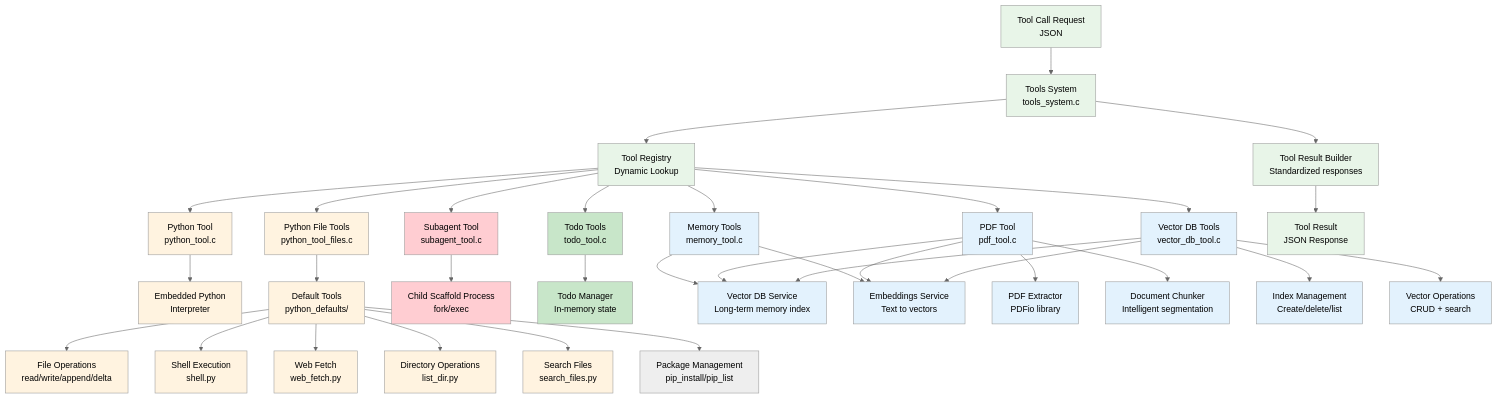
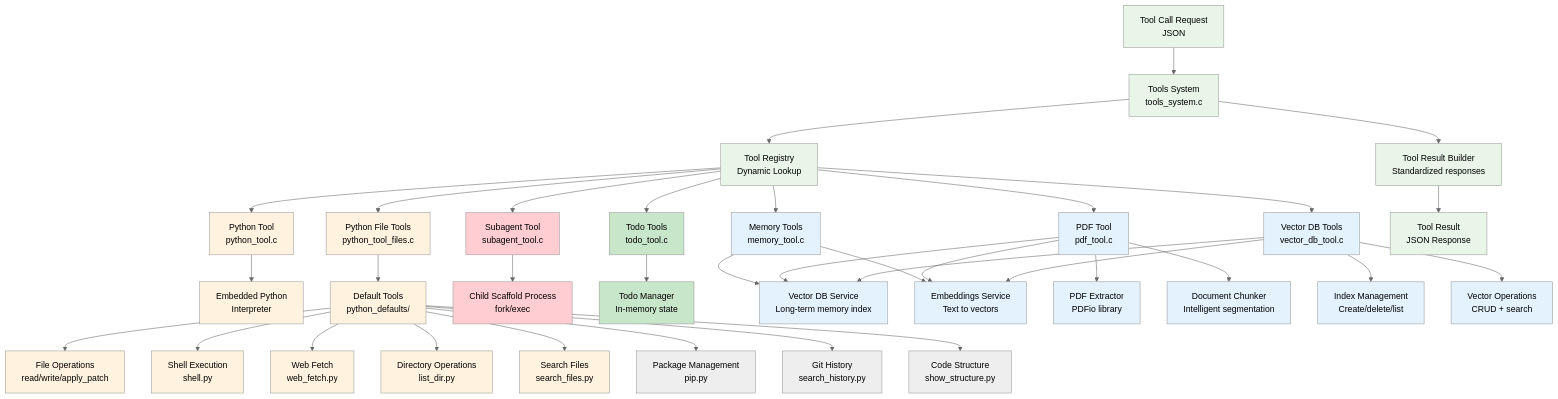
The seventh of 20 diagrams in ARCHITECTURE.md (tgittos/scaffold), drawn with Mermaid (neutral theme) before and after one commit. The commit also changed other lines of this file and 126 other files, not shown here.

````diff
--- a/ARCHITECTURE.md
+++ b/ARCHITECTURE.md
@@ -370,55 +371,57 @@
 ```mermaid
 graph TB
     ToolCall[Tool Call Request<br/>JSON] --> ToolSystem[Tools System<br/>tools_system.c]
     ToolSystem --> ToolRegistry[Tool Registry<br/>Dynamic Lookup]
 
     ToolRegistry --> PythonTool[Python Tool<br/>python_tool.c]
     ToolRegistry --> MemoryTools[Memory Tools<br/>memory_tool.c]
     ToolRegistry --> PDFTools[PDF Tool<br/>pdf_tool.c]
     ToolRegistry --> VectorDBTools[Vector DB Tools<br/>vector_db_tool.c]
     ToolRegistry --> SubagentTool[Subagent Tool<br/>subagent_tool.c]
     ToolRegistry --> PythonFileTools[Python File Tools<br/>python_tool_files.c]
     ToolRegistry --> TodoTools[Todo Tools<br/>todo_tool.c]
 
     PythonTool --> PythonInterpreter[Embedded Python<br/>Interpreter]
 
     PythonFileTools --> DefaultTools[Default Tools<br/>python_defaults/]
-    DefaultTools --> FileOps[File Operations<br/>read/write/append/delta]
+    DefaultTools --> FileOps[File Operations<br/>read/write/apply_patch]
     DefaultTools --> ShellOp[Shell Execution<br/>shell.py]
     DefaultTools --> WebFetch[Web Fetch<br/>web_fetch.py]
     DefaultTools --> DirOps[Directory Operations<br/>list_dir.py]
     DefaultTools --> SearchOp[Search Files<br/>search_files.py]
-    DefaultTools --> PipTools[Package Management<br/>pip_install/pip_list]
+    DefaultTools --> PipTools[Package Management<br/>pip.py]
+    DefaultTools --> SearchHistory[Git History<br/>search_history.py]
+    DefaultTools --> ShowStructure[Code Structure<br/>show_structure.py]
 
     SubagentTool --> ChildProcess[Child Scaffold Process<br/>fork/exec]
 
     TodoTools --> TodoMgr[Todo Manager<br/>In-memory state]
 
     MemoryTools --> VectorDBSvc[Vector DB Service<br/>Long-term memory index]
     MemoryTools --> EmbeddingsSvc[Embeddings Service<br/>Text to vectors]
 
     PDFTools --> PDFExtractor[PDF Extractor<br/>PDFio library]
     PDFTools --> DocumentChunker[Document Chunker<br/>Intelligent segmentation]
     PDFTools --> VectorDBSvc
     PDFTools --> EmbeddingsSvc
 
     VectorDBTools --> VectorDBSvc
     VectorDBTools --> EmbeddingsSvc
     VectorDBTools --> IndexMgmt[Index Management<br/>Create/delete/list]
     VectorDBTools --> VectorOps[Vector Operations<br/>CRUD + search]
 
     ToolSystem --> ToolResultBuilder[Tool Result Builder<br/>Standardized responses]
     ToolResultBuilder --> ToolResult[Tool Result<br/>JSON Response]
 
     classDef toolCore fill:#e8f5e8
     classDef toolImpl fill:#c8e6c9
     classDef vectorTools fill:#e3f2fd
     classDef pythonTools fill:#fff3e0
     classDef external fill:#ffcdd2
 
     class ToolCall,ToolSystem,ToolRegistry,ToolResult,ToolResultBuilder toolCore
     class TodoTools,TodoMgr toolImpl
     class MemoryTools,PDFTools,VectorDBTools,VectorDBSvc,EmbeddingsSvc,PDFExtractor,DocumentChunker,IndexMgmt,VectorOps vectorTools
     class PythonTool,PythonFileTools,DefaultTools,FileOps,ShellOp,WebFetch,DirOps,SearchOp,PythonInterpreter pythonTools
     class SubagentTool,ChildProcess external
 ```
````
